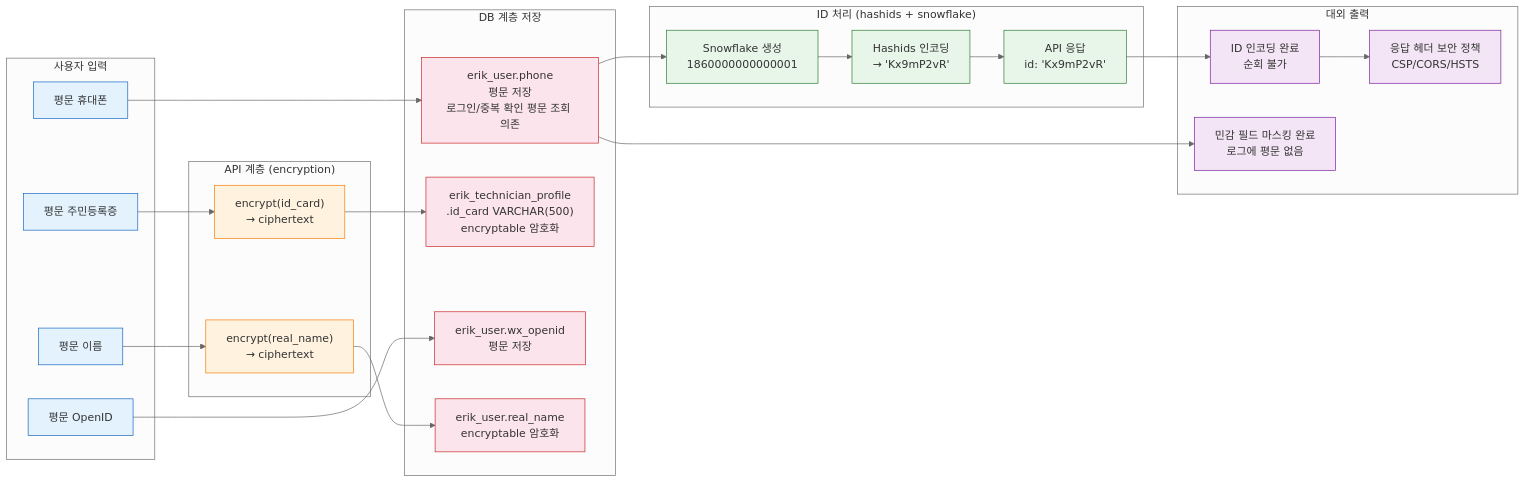
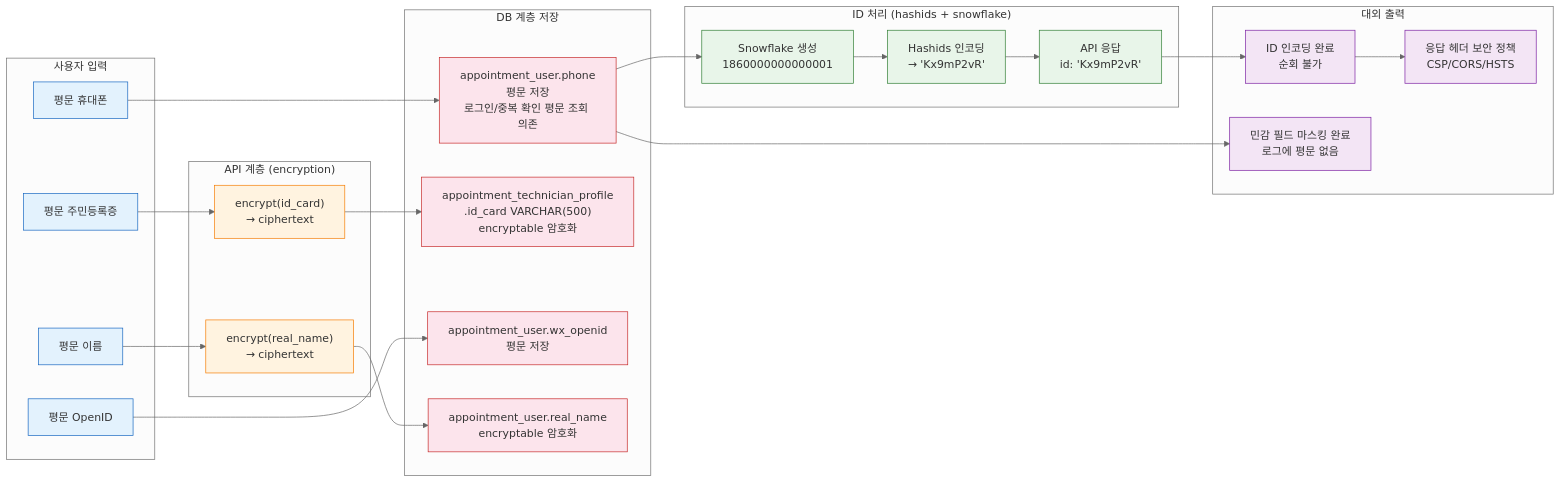
One commit to erikwang2013/appointment-php changed the fourth of 4 diagrams in docs/ko/diagrams/SECURITY-ARCHITECTURE.md. Above: the diagram before and after it, drawn with Mermaid (neutral theme). The commit also changed 363 other files, not shown here.

````diff
--- a/docs/ko/diagrams/SECURITY-ARCHITECTURE.md
+++ b/docs/ko/diagrams/SECURITY-ARCHITECTURE.md
@@ -177,54 +177,54 @@
 ```mermaid
 flowchart LR
     subgraph 입력["사용자 입력"]
         I1["평문 휴대폰"]
         I2["평문 주민등록증"]
         I3["평문 OpenID"]
         I4["평문 이름"]
     end
 
     subgraph API_암호화["API 계층 (encryption)"]
         E1["encrypt(id_card)<br/>→ ciphertext"]
         E2["encrypt(real_name)<br/>→ ciphertext"]
     end
 
     subgraph DB_저장["DB 계층 저장"]
-        D1["erik_user.phone<br/>평문 저장<br/>로그인/중복 확인 평문 조회 의존"]
-        D2["erik_technician_profile<br/>.id_card VARCHAR(500)<br/>encryptable 암호화"]
-        D3["erik_user.wx_openid<br/>평문 저장"]
-        D4["erik_user.real_name<br/>encryptable 암호화"]
+        D1["appointment_user.phone<br/>평문 저장<br/>로그인/중복 확인 평문 조회 의존"]
+        D2["appointment_technician_profile<br/>.id_card VARCHAR(500)<br/>encryptable 암호화"]
+        D3["appointment_user.wx_openid<br/>평문 저장"]
+        D4["appointment_user.real_name<br/>encryptable 암호화"]
     end
 
     subgraph ID_처리["ID 처리 (hashids + snowflake)"]
         H1["Snowflake 생성<br/>1860000000000001"]
         H2["Hashids 인코딩<br/>→ 'Kx9mP2vR'"]
         H3["API 응답<br/>id: 'Kx9mP2vR'"]
     end
 
     subgraph 출력["대외 출력"]
         O1["ID 인코딩 완료<br/>순회 불가"]
         O2["민감 필드 마스킹 완료<br/>로그에 평문 없음"]
         O3["응답 헤더 보안 정책<br/>CSP/CORS/HSTS"]
     end
 
     I1 --> D1
     I2 --> E1 --> D2
     I3 --> D3
     I4 --> E2 --> D4
     D1 --> H1 --> H2 --> H3
     H3 --> O1
     D1 --> O2
     O1 --> O3
 
     classDef input fill:#e3f2fd,stroke:#1565c0,color:#333
     classDef encrypt fill:#fff3e0,stroke:#f57c00,color:#333
     classDef db fill:#fce4ec,stroke:#c62828,color:#333
     classDef id fill:#e8f5e9,stroke:#2e7d32,color:#333
     classDef output fill:#f3e5f5,stroke:#7b1fa2,color:#333
 
     class I1,I2,I3,I4 input
     class E1,E2 encrypt
     class D1,D2,D3,D4 db
     class H1,H2,H3 id
     class O1,O2,O3 output
 ```
````
